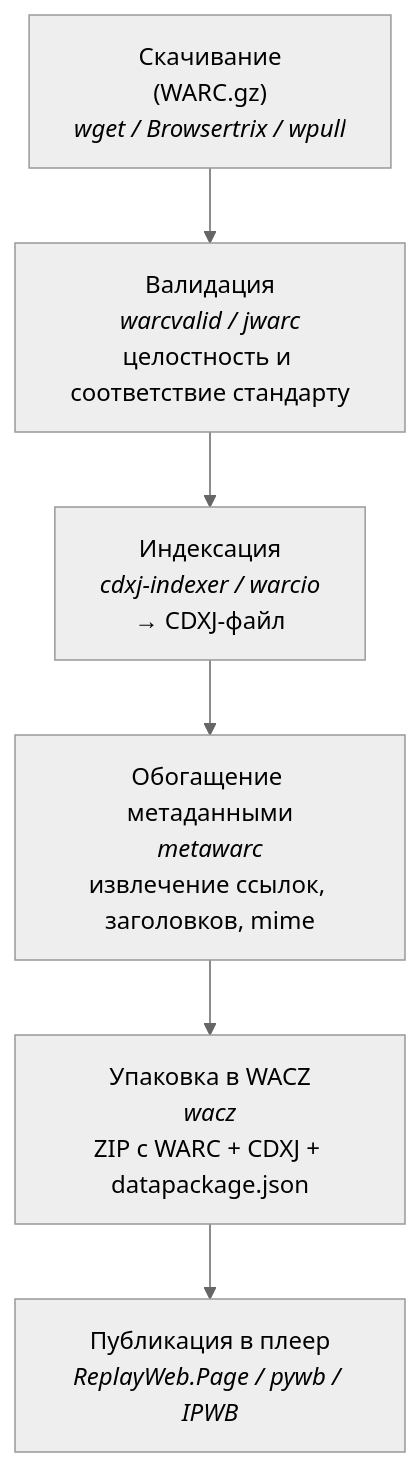
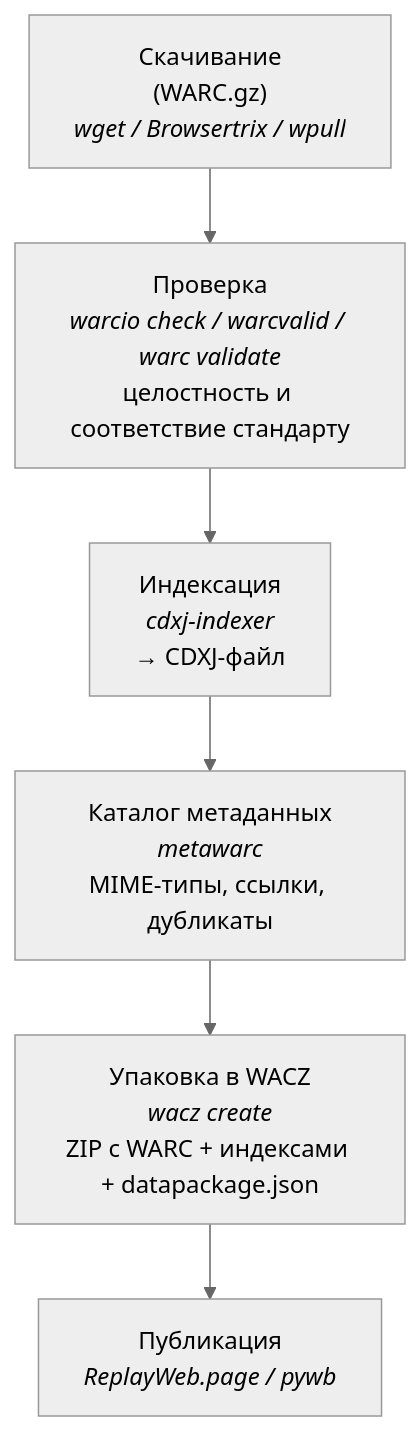
Before and after one commit to ruarxive/ruarxive.github.io: the diagram in kb/guides/warc-workflow.md, drawn with Mermaid (neutral theme). The commit also changed other lines of this file and 200 other files, not shown here.

````diff
--- a/kb/guides/warc-workflow.md
+++ b/kb/guides/warc-workflow.md
@@ -18,8 +21,8 @@
 ```mermaid
 flowchart TB
-    A["Скачивание<br/>(WARC.gz)<br/><i>wget / Browsertrix / wpull</i>"] --> B["Валидация<br/><i>warcvalid / jwarc</i><br/>целостность и соответствие стандарту"]
-    B --> C["Индексация<br/><i>cdxj-indexer / warcio</i><br/>→ CDXJ-файл"]
-    C --> D["Обогащение метаданными<br/><i>metawarc</i><br/>извлечение ссылок, заголовков, mime"]
-    D --> E["Упаковка в WACZ<br/><i>wacz</i><br/>ZIP с WARC + CDXJ + datapackage.json"]
-    E --> F["Публикация в плеер<br/><i>ReplayWeb.Page / pywb / IPWB</i>"]
+    A["Скачивание<br/>(WARC.gz)<br/><i>wget / Browsertrix / wpull</i>"] --> B["Проверка<br/><i>warcio check / warcvalid / warc validate</i><br/>целостность и соответствие стандарту"]
+    B --> C["Индексация<br/><i>cdxj-indexer</i><br/>→ CDXJ-файл"]
+    C --> D["Каталог метаданных<br/><i>metawarc</i><br/>MIME-типы, ссылки, дубликаты"]
+    D --> E["Упаковка в WACZ<br/><i>wacz create</i><br/>ZIP с WARC + индексами + datapackage.json"]
+    E --> F["Публикация<br/><i>ReplayWeb.page / pywb</i>"]
 ```
````
